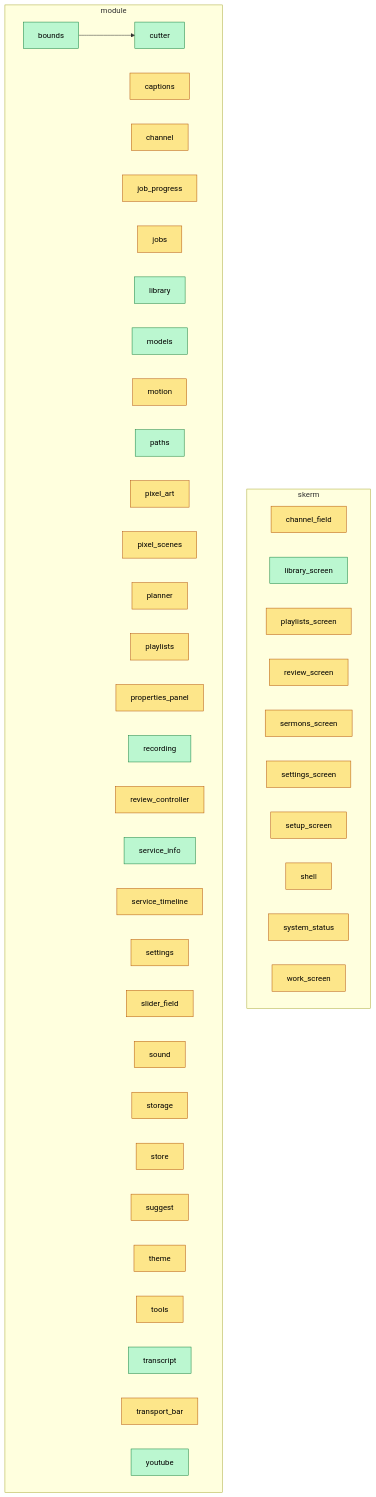
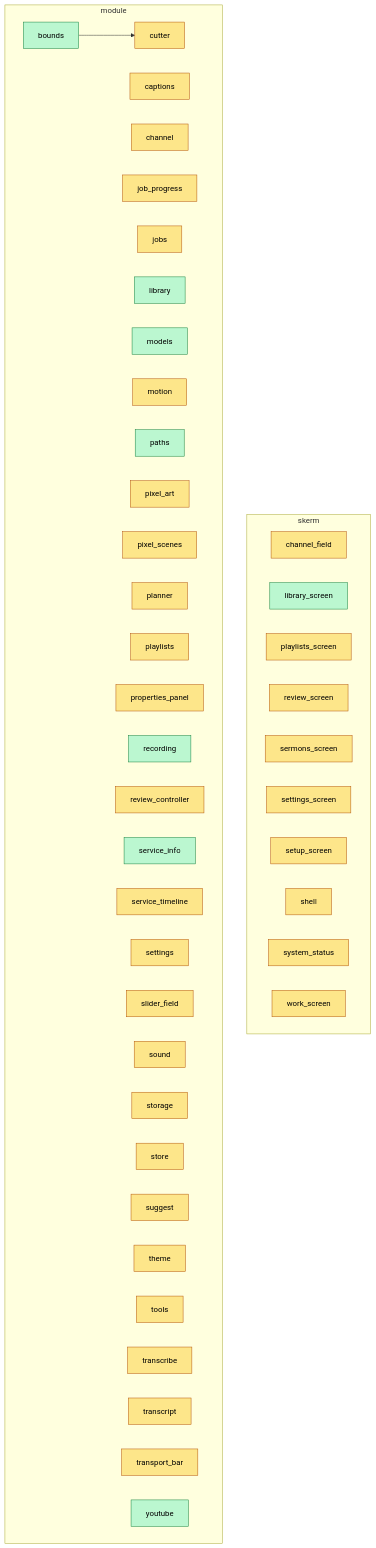
Before and after one commit to Schalk-Christiaan/ytsermon-prosessor: the diagram in docs/kaart.md, drawn with Mermaid. The commit also changed other lines of this file and 1 other file, not shown here.

````diff
--- a/docs/kaart.md
+++ b/docs/kaart.md
@@ -189,51 +190,52 @@
 ```mermaid
 flowchart TB
   subgraph g0["skerm"]
     n3["channel_field"]:::bou
     n8["library_screen"]:::klaar
     n16["playlists_screen"]:::bou
     n20["review_screen"]:::bou
     n21["sermons_screen"]:::bou
     n25["settings_screen"]:::bou
     n26["setup_screen"]:::bou
     n27["shell"]:::bou
     n33["system_status"]:::bou
-    n38["work_screen"]:::bou
+    n39["work_screen"]:::bou
   end
   subgraph g1["module"]
     n0["bounds"]:::klaar
     n1["captions"]:::bou
     n2["channel"]:::bou
-    n4["cutter"]:::klaar
+    n4["cutter"]:::bou
     n5["job_progress"]:::bou
     n6["jobs"]:::bou
     n7["library"]:::klaar
     n9["models"]:::klaar
     n10["motion"]:::bou
     n11["paths"]:::klaar
     n12["pixel_art"]:::bou
     n13["pixel_scenes"]:::bou
     n14["planner"]:::bou
     n15["playlists"]:::bou
     n17["properties_panel"]:::bou
     n18["recording"]:::klaar
     n19["review_controller"]:::bou
     n22["service_info"]:::klaar
     n23["service_timeline"]:::bou
     n24["settings"]:::bou
     n28["slider_field"]:::bou
     n29["sound"]:::bou
     n30["storage"]:::bou
     n31["store"]:::bou
     n32["suggest"]:::bou
     n34["theme"]:::bou
     n35["tools"]:::bou
-    n36["transcript"]:::klaar
-    n37["transport_bar"]:::bou
-    n39["youtube"]:::klaar
+    n36["transcribe"]:::bou
+    n37["transcript"]:::bou
+    n38["transport_bar"]:::bou
+    n40["youtube"]:::klaar
   end
   n0 --> n4
   classDef bou fill:#fde68a,stroke:#b45309,color:#000
   classDef klaar fill:#bbf7d0,stroke:#15803d,color:#000
   classDef stukkend fill:#fecaca,stroke:#b91c1c,color:#000
 ```
````
